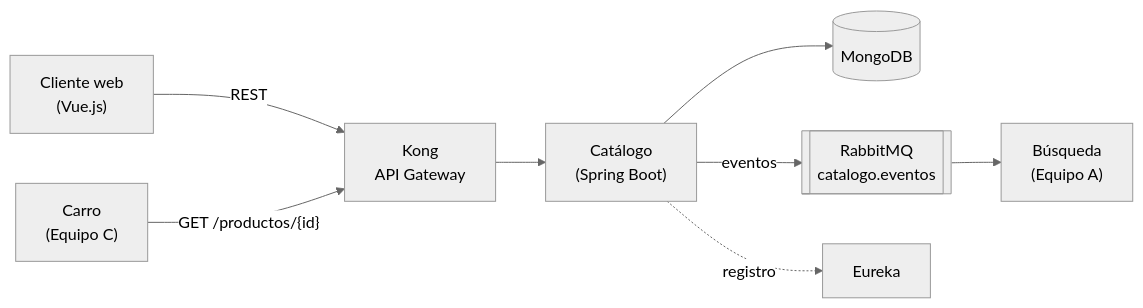
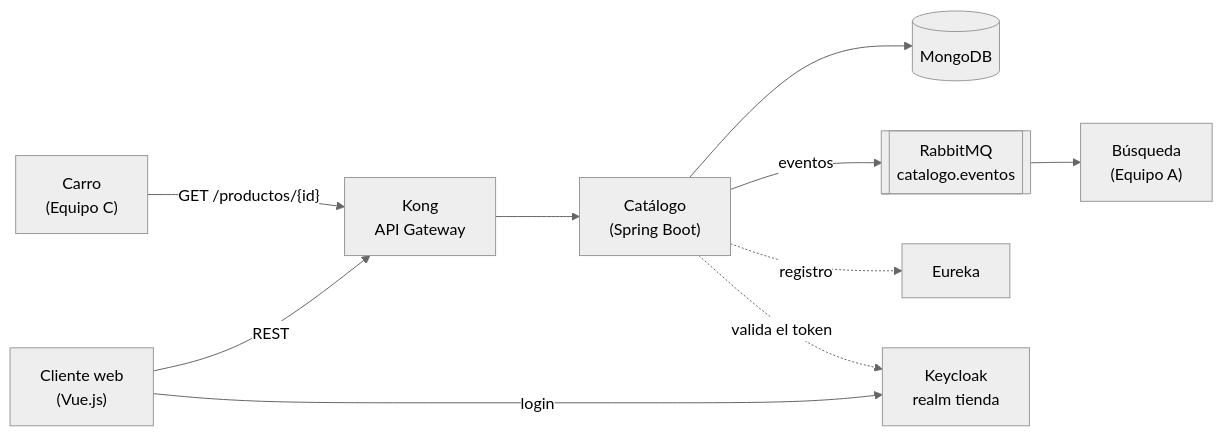
Before and after one commit to rancesra/teambsoft-backend: the diagram in README.md, drawn with Mermaid (neutral theme). The commit also changed other lines of this file and 10 other files, not shown here.

Commit message:
Agrega Spring Security con tokens de Keycloak, el realm tienda y Keycloak en el docker-compose

````diff
--- a/README.md
+++ b/README.md
@@ -26,10 +26,12 @@
 ```mermaid
 graph LR
     Web["Cliente web<br/>(Vue.js)"] -->|REST| Kong["Kong<br/>API Gateway"]
     Carro["Carro<br/>(Equipo C)"] -->|"GET /productos/{id}"| Kong
     Kong --> Catalogo["Catálogo<br/>(Spring Boot)"]
     Catalogo --> Mongo[(MongoDB)]
     Catalogo -->|eventos| Rabbit[["RabbitMQ<br/>catalogo.eventos"]]
     Rabbit --> Busqueda["Búsqueda<br/>(Equipo A)"]
     Catalogo -.->|registro| Eureka[Eureka]
+    Web -->|login| Keycloak["Keycloak<br/>realm tienda"]
+    Catalogo -.->|valida el token| Keycloak
 ```
````
